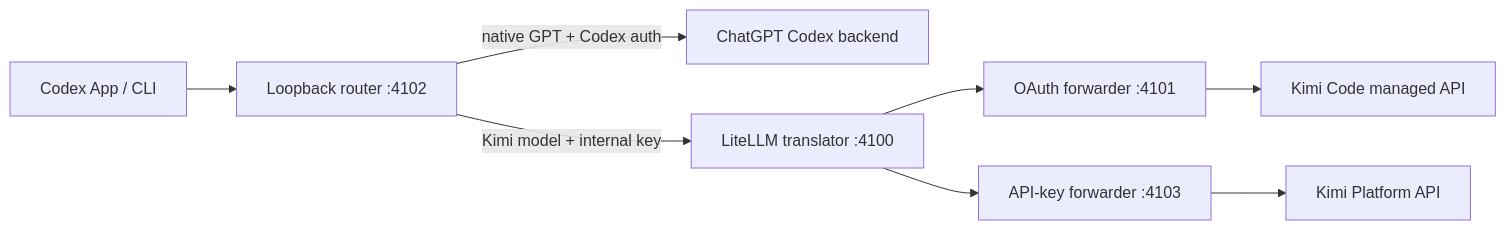
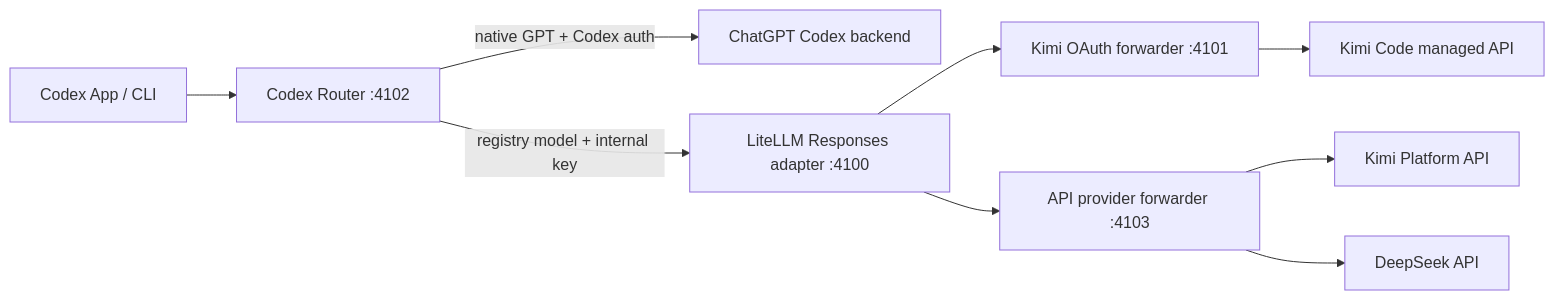
The diagram in README.md (duolahypercho/codex-router), drawn with Mermaid before and after one commit. The commit also changed other lines of this file and 39 other files, not shown here.

Commit message:
Add extensible DeepSeek routing

````diff
--- a/README.md
+++ b/README.md
@@ -107,10 +103,11 @@
 ```mermaid
 flowchart LR
-  C["Codex App / CLI"] --> R["Loopback router :4102"]
+  C["Codex App / CLI"] --> R["Codex Router :4102"]
   R -->|"native GPT + Codex auth"| O["ChatGPT Codex backend"]
-  R -->|"Kimi model + internal key"| L["LiteLLM translator :4100"]
-  L --> OA["OAuth forwarder :4101"]
-  L --> AK["API-key forwarder :4103"]
-  OA --> KC["Kimi Code managed API"]
-  AK --> KP["Kimi Platform API"]
+  R -->|"registry model + internal key"| L["LiteLLM Responses adapter :4100"]
+  L --> KO["Kimi OAuth forwarder :4101"]
+  L --> A["API provider forwarder :4103"]
+  KO --> KC["Kimi Code managed API"]
+  A --> KA["Kimi Platform API"]
+  A --> D["DeepSeek API"]
 ```
````
